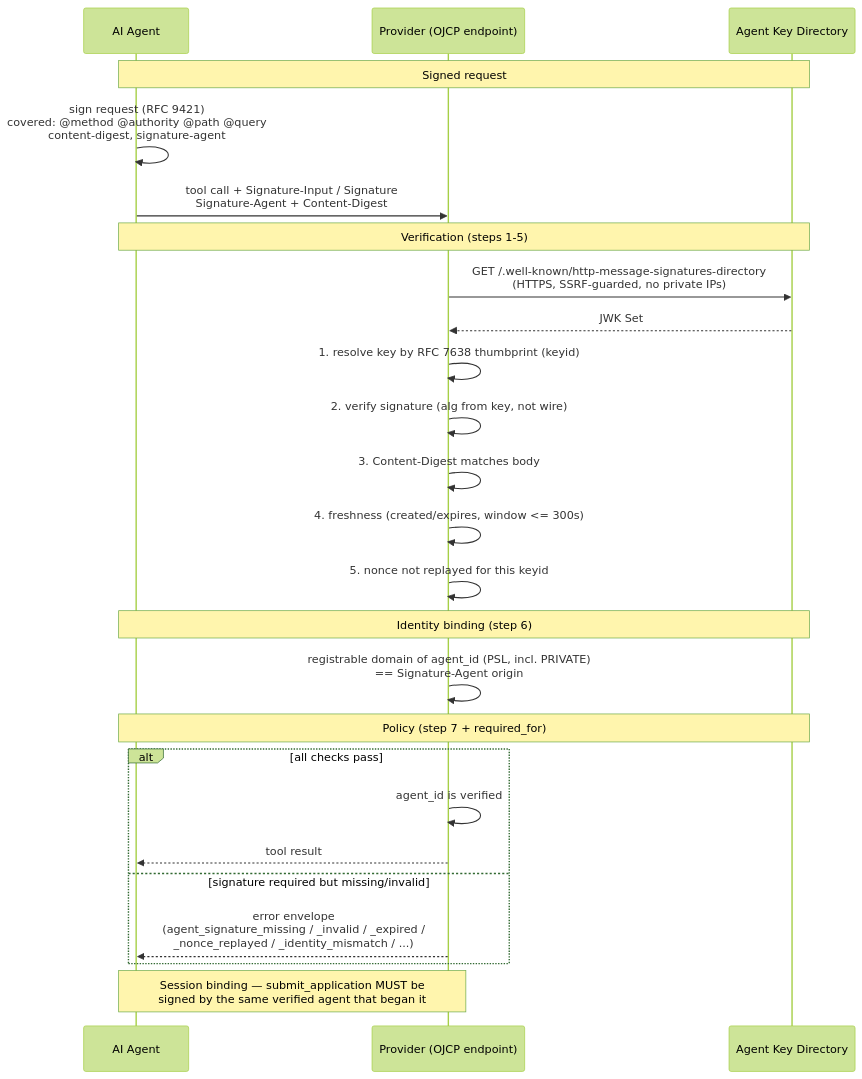
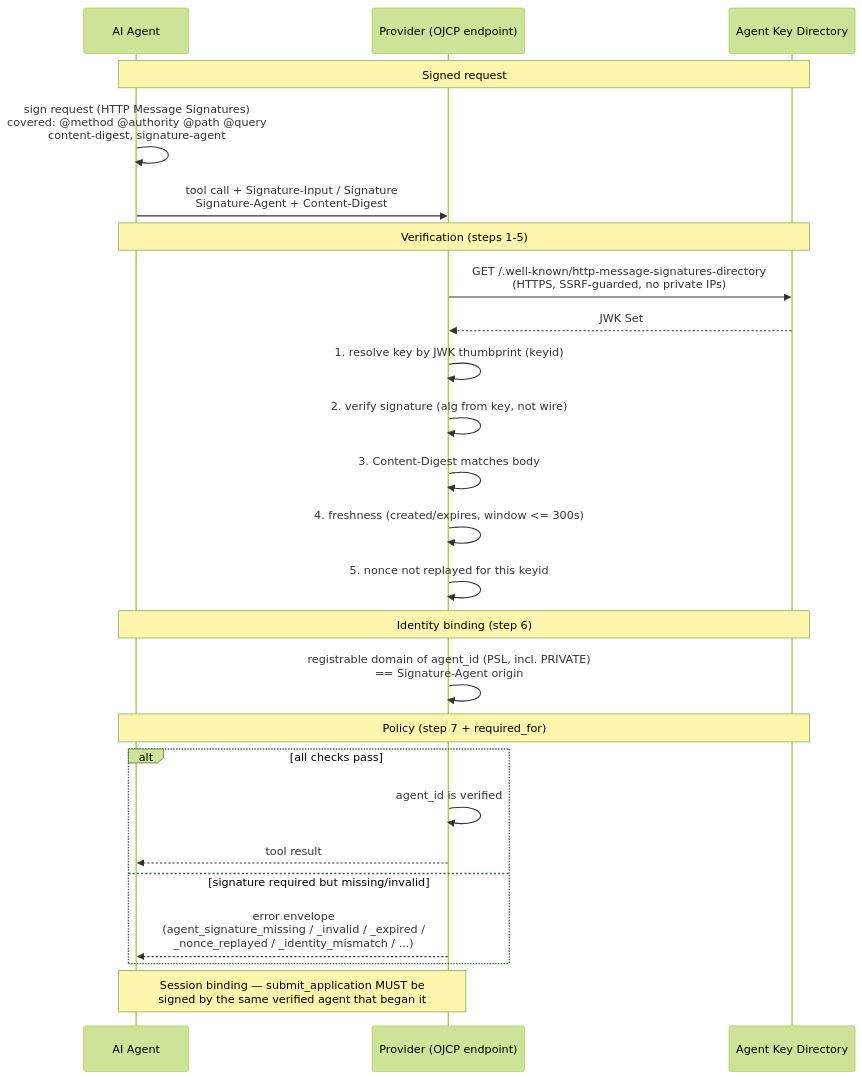
Before and after one commit to ojcp-org/ojcp: the diagram in diagrams/agent-identity.mmd, drawn with Mermaid (forest theme). The commit also changed 2 other files, not shown here.

Commit message:
docs: drop RFC-process references from README and the identity diagram
Removes RFC-number feature tags from the README concepts/status/interop sections
and the agent-identity diagram, keeping the readable mechanism names (HTTP Message
Signatures, JWK thumbprint). Governance/contribution process references are left as-is.
official_job_url moves to the shipped list.

```diff
--- a/diagrams/agent-identity.mmd
+++ b/diagrams/agent-identity.mmd
@@ -1,34 +1,34 @@
 sequenceDiagram
     participant A as AI Agent
     participant P as Provider (OJCP endpoint)
     participant D as Agent Key Directory
 
     Note over A,D: Signed request
 
-    A->>A: sign request (RFC 9421)<br/>covered: @method @authority @path @query<br/>content-digest, signature-agent
+    A->>A: sign request (HTTP Message Signatures)<br/>covered: @method @authority @path @query<br/>content-digest, signature-agent
     A->>P: tool call + Signature-Input / Signature<br/>Signature-Agent + Content-Digest
 
     Note over A,D: Verification (steps 1-5)
 
     P->>D: GET /.well-known/http-message-signatures-directory<br/>(HTTPS, SSRF-guarded, no private IPs)
     D-->>P: JWK Set
-    P->>P: 1. resolve key by RFC 7638 thumbprint (keyid)
+    P->>P: 1. resolve key by JWK thumbprint (keyid)
     P->>P: 2. verify signature (alg from key, not wire)
     P->>P: 3. Content-Digest matches body
     P->>P: 4. freshness (created/expires, window <= 300s)
     P->>P: 5. nonce not replayed for this keyid
 
     Note over A,D: Identity binding (step 6)
 
     P->>P: registrable domain of agent_id (PSL, incl. PRIVATE)<br/>== Signature-Agent origin
 
     Note over A,D: Policy (step 7 + required_for)
 
     alt all checks pass
         P->>P: agent_id is verified
         P-->>A: tool result
     else signature required but missing/invalid
         P-->>A: error envelope<br/>(agent_signature_missing / _invalid / _expired /<br/>_nonce_replayed / _identity_mismatch / ...)
     end
 
     Note over A,P: Session binding — submit_application MUST be<br/>signed by the same verified agent that began it
```
